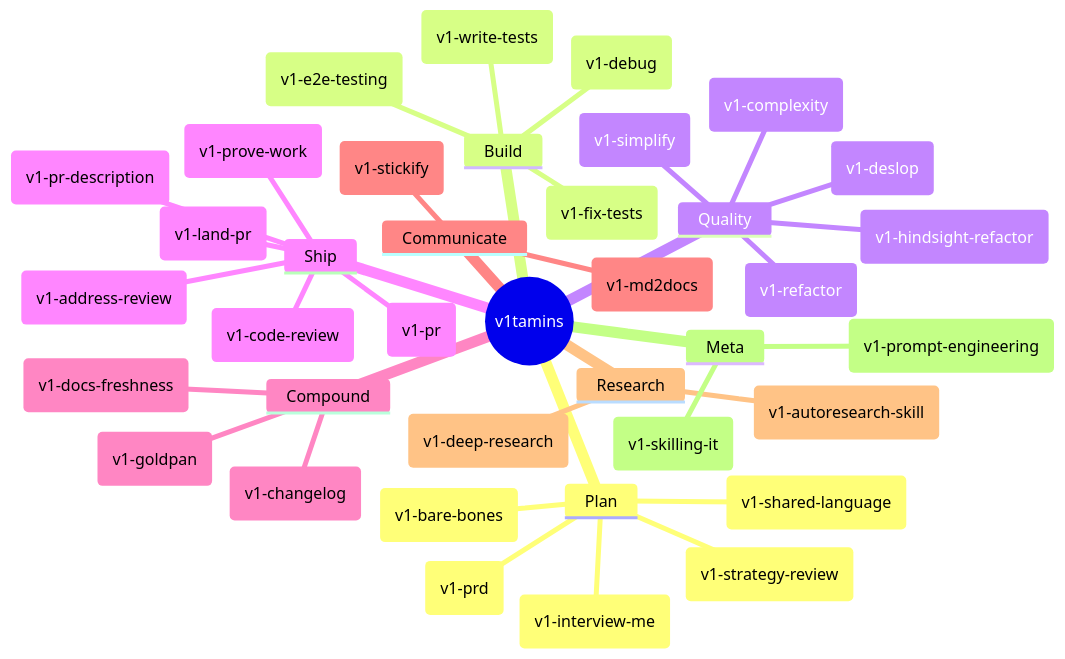
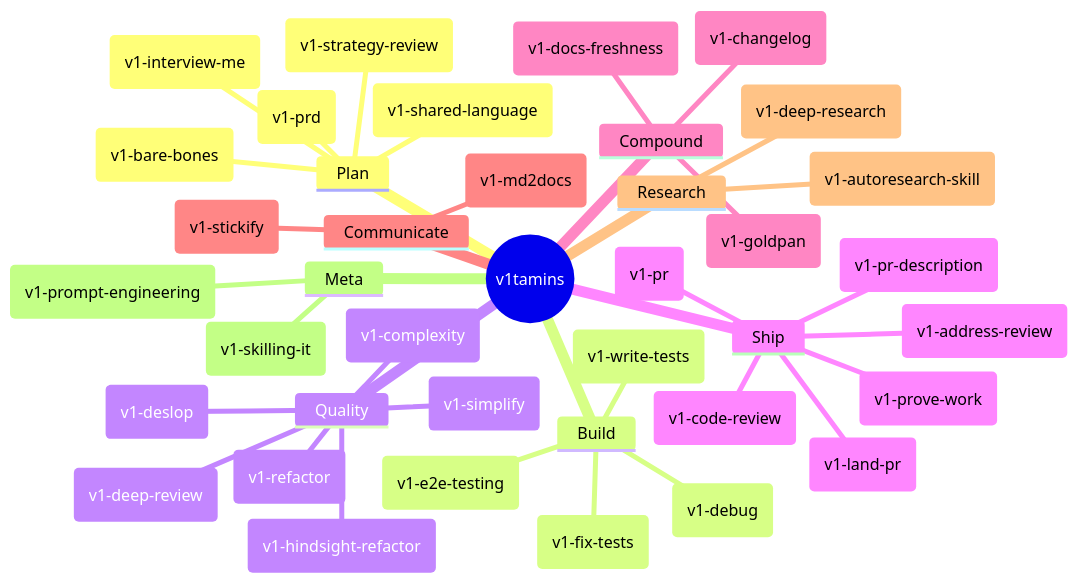
One commit to v1-io/v1tamins changed the first of 6 diagrams in README.md. Above: the diagram before and after it, drawn with Mermaid. The commit also changed other lines of this file and 4 other files, not shown here.

Commit message:
added deep review skill

````diff
--- a/README.md
+++ b/README.md
@@ -67,41 +67,42 @@
 ```mermaid
 mindmap
   root((v1tamins))
     Plan
       ("v1-interview-me")
       ("v1-strategy-review")
       ("v1-bare-bones")
       ("v1-shared-language")
       ("v1-prd")
     Build
       ("v1-debug")
       ("v1-fix-tests")
       ("v1-write-tests")
       ("v1-e2e-testing")
     Quality
       ("v1-simplify")
       ("v1-deslop")
       ("v1-refactor")
       ("v1-complexity")
       ("v1-hindsight-refactor")
+      ("v1-deep-review")
     Ship
       ("v1-pr")
       ("v1-pr-description")
       ("v1-land-pr")
       ("v1-code-review")
       ("v1-address-review")
       ("v1-prove-work")
     Compound
       ("v1-goldpan")
       ("v1-docs-freshness")
       ("v1-changelog")
     Communicate
       ("v1-stickify")
       ("v1-md2docs")
     Research
       ("v1-deep-research")
       ("v1-autoresearch-skill")
     Meta
       ("v1-skilling-it")
       ("v1-prompt-engineering")
 ```
````
